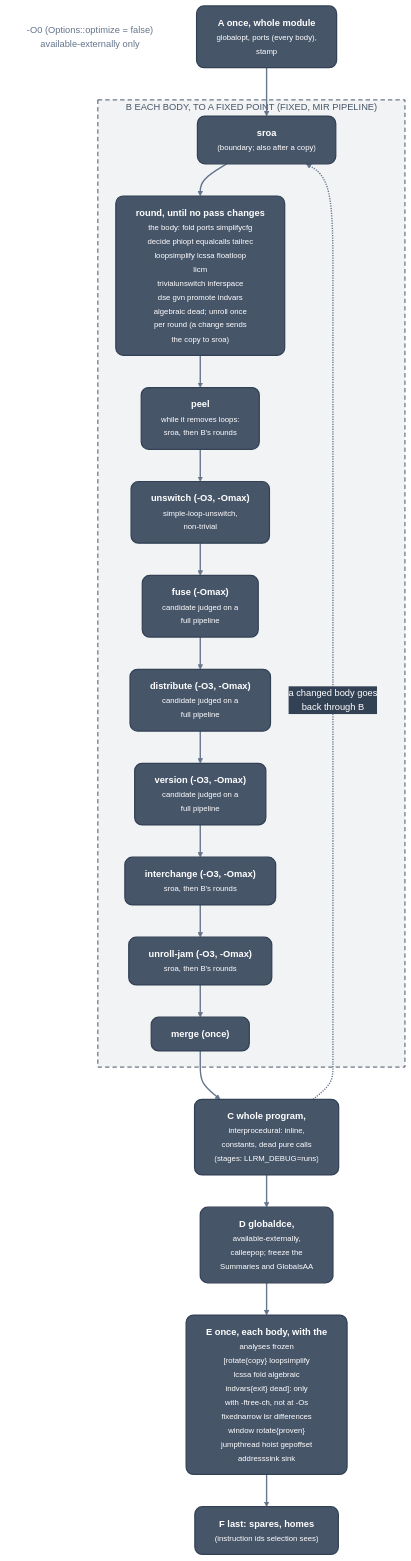
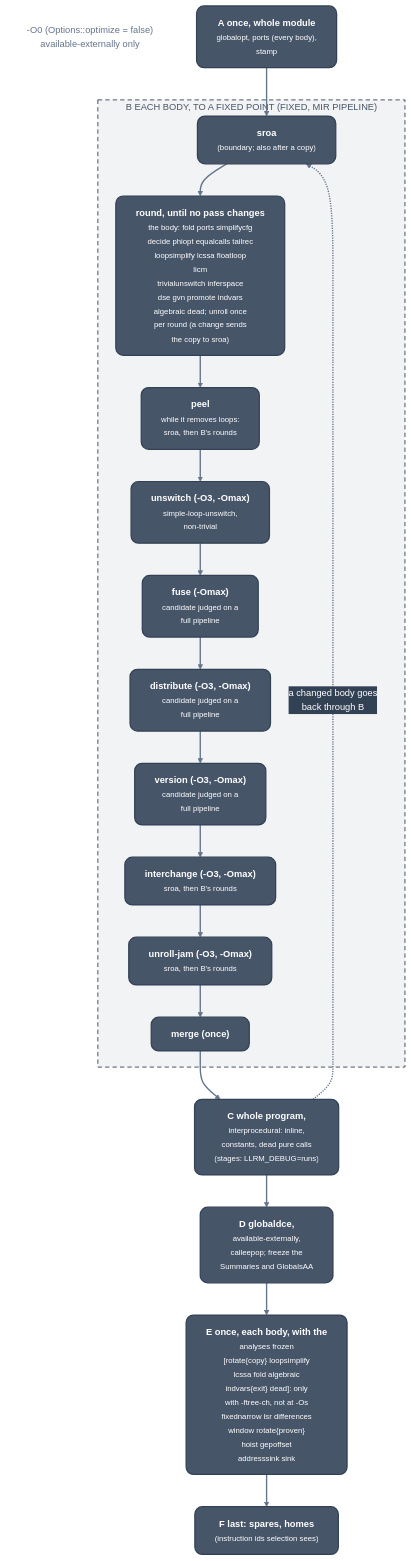
One commit to ali-mosavian/llrm changed the diagram in docs/optimizations/passes/pipeline.md. Above: the diagram before and after it, drawn with Mermaid. The commit also changed other lines of this file and 23 other files, not shown here.

````diff
--- a/docs/optimizations/passes/pipeline.md
+++ b/docs/optimizations/passes/pipeline.md
@@ -22,41 +22,41 @@
 ```mermaid
 %%{init: {'theme':'base','themeVariables':{'fontFamily':'Segoe UI, Helvetica Neue, Arial, DejaVu Sans, sans-serif','fontSize':'15px','primaryColor':'#475569','primaryTextColor':'#ffffff','primaryBorderColor':'#334155','lineColor':'#64748b','secondaryColor':'#475569','tertiaryColor':'transparent','clusterBkg':'transparent','clusterBorder':'#64748b','edgeLabelBackground':'#334155','textColor':'#64748b','titleColor':'#64748b'},'flowchart':{'curve':'basis','nodeSpacing':38,'rankSpacing':52,'padding':16,'wrappingWidth':360,'htmlLabels':true,'useMaxWidth':true}}}%%
 flowchart TB
   classDef mid fill:#475569,stroke:#334155,stroke-width:2px,color:#ffffff,rx:12px,ry:12px
   classDef note fill:transparent,stroke:transparent,color:#64748b
   linkStyle default stroke:#64748b,stroke-width:2.2px
   o0["-O0 (Options::optimize = false)<br/>available-externally only"]:::note
   a["<b>A  once, whole module</b><br/><small>globalopt, ports (every body),<br/>stamp</small>"]:::mid
   subgraph g_b["B  EACH BODY, TO A FIXED POINT (FIXED, MIR PIPELINE)"]
     sroa["<b>sroa</b><br/><small>(boundary#59; also after a copy)</small>"]:::mid
     rnd["<b>round, until no pass changes</b><br/><small>the body: fold ports simplifycfg<br/>decide phiopt equalcalls tailrec<br/>loopsimplify lcssa floatloop<br/>licm<br/>trivialunswitch inferspace<br/>dse gvn promote indvars<br/>algebraic dead#59; unroll once<br/>per round (a change sends<br/>the copy to sroa)</small>"]:::mid
     peel["<b>peel</b><br/><small>while it removes loops:<br/>sroa, then B's rounds</small>"]:::mid
     unsw["<b>unswitch (-O3, -Omax)</b><br/><small>simple-loop-unswitch,<br/>non-trivial</small>"]:::mid
     dist["<b>distribute (-O3, -Omax)</b><br/><small>candidate judged on a<br/>full pipeline</small>"]:::mid
     ver["<b>version (-O3, -Omax)</b><br/><small>candidate judged on a<br/>full pipeline</small>"]:::mid
     fuse["<b>fuse (-Omax)</b><br/><small>candidate judged on a<br/>full pipeline</small>"]:::mid
     swap["<b>interchange (-O3, -Omax)</b><br/><small>sroa, then B's rounds</small>"]:::mid
     jam["<b>unroll-jam (-O3, -Omax)</b><br/><small>sroa, then B's rounds</small>"]:::mid
     mrg["<b>merge (once)</b>"]:::mid
   end
   c["<b>C  whole program,</b><br/><small>interprocedural: inline,<br/>constants, dead pure calls<br/>(stages: LLRM_DEBUG=runs)</small>"]:::mid
   d["<b>D  globaldce,</b><br/><small>available-externally,<br/>calleepop#59; freeze the<br/>Summaries and GlobalsAA</small>"]:::mid
-  e["<b>E  once, each body, with the</b><br/><small>analyses frozen<br/>[rotate#123;copy#125; loopsimplify<br/>lcssa fold algebraic<br/>indvars#123;exit#125; dead]: only<br/>with -ftree-ch, not at -Os<br/>fixednarrow lsr differences<br/>window rotate#123;proven#125;<br/>jumpthread hoist gepoffset<br/>addresssink sink</small>"]:::mid
+  e["<b>E  once, each body, with the</b><br/><small>analyses frozen<br/>[rotate#123;copy#125; loopsimplify<br/>lcssa fold algebraic<br/>indvars#123;exit#125; dead]: only<br/>with -ftree-ch, not at -Os<br/>fixednarrow lsr differences<br/>window rotate#123;proven#125;<br/>hoist gepoffset<br/>addresssink sink</small>"]:::mid
   f["<b>F  last: spares, homes</b><br/><small>(instruction ids selection sees)</small>"]:::mid
   a --> sroa
   sroa --> rnd
   rnd --> peel
   peel --> unsw
   unsw --> fuse
   fuse --> dist
   dist --> ver
   ver --> swap
   swap --> jam
   jam --> mrg
   mrg --> c
   c -.->|"a changed body goes<br/>back through B"| sroa
   c --> d
   d --> e
   e --> f
   style g_b fill:#47556912,stroke:#475569,stroke-width:1.6px,stroke-dasharray:7 5,color:#475569
 ```
````
